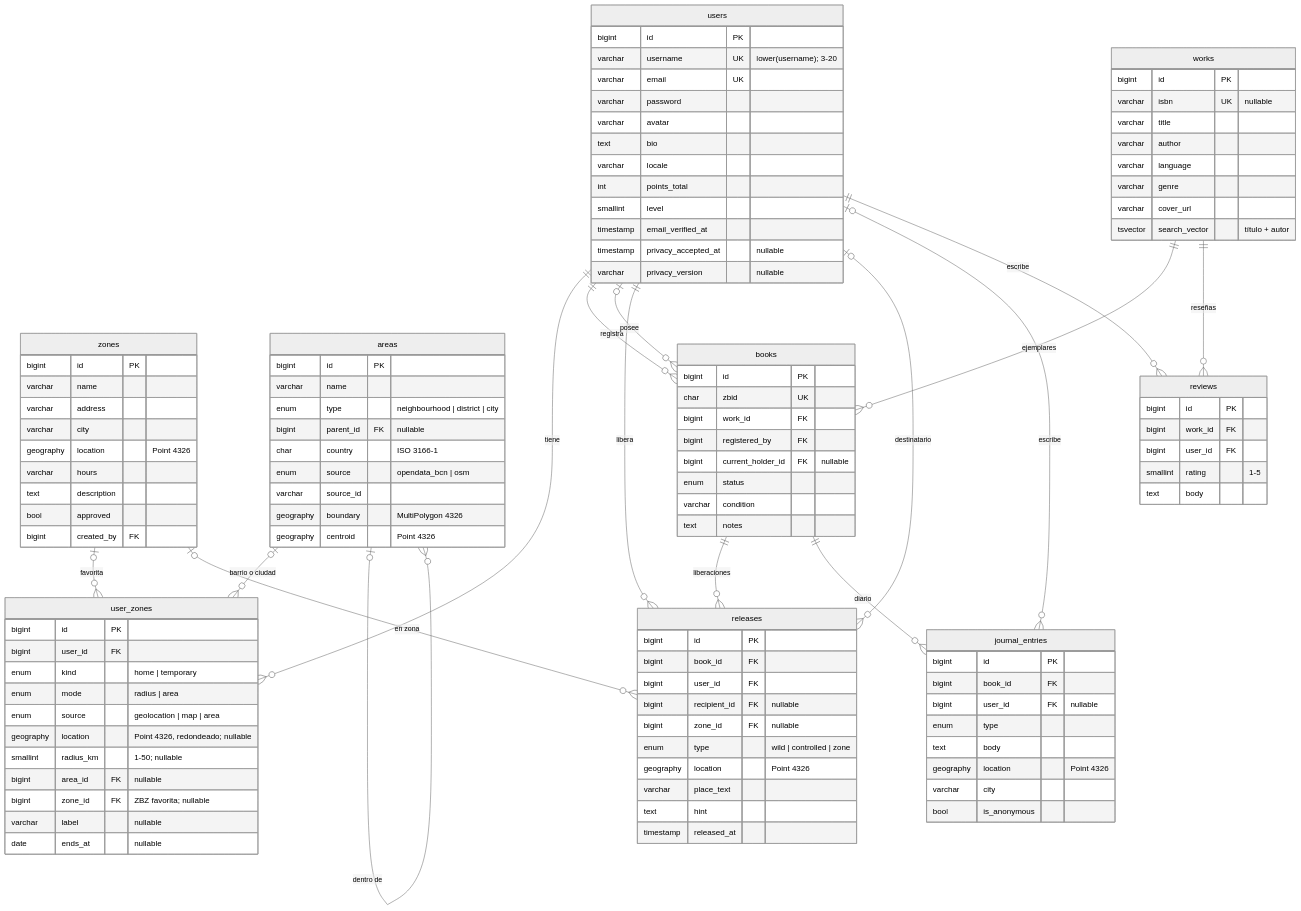
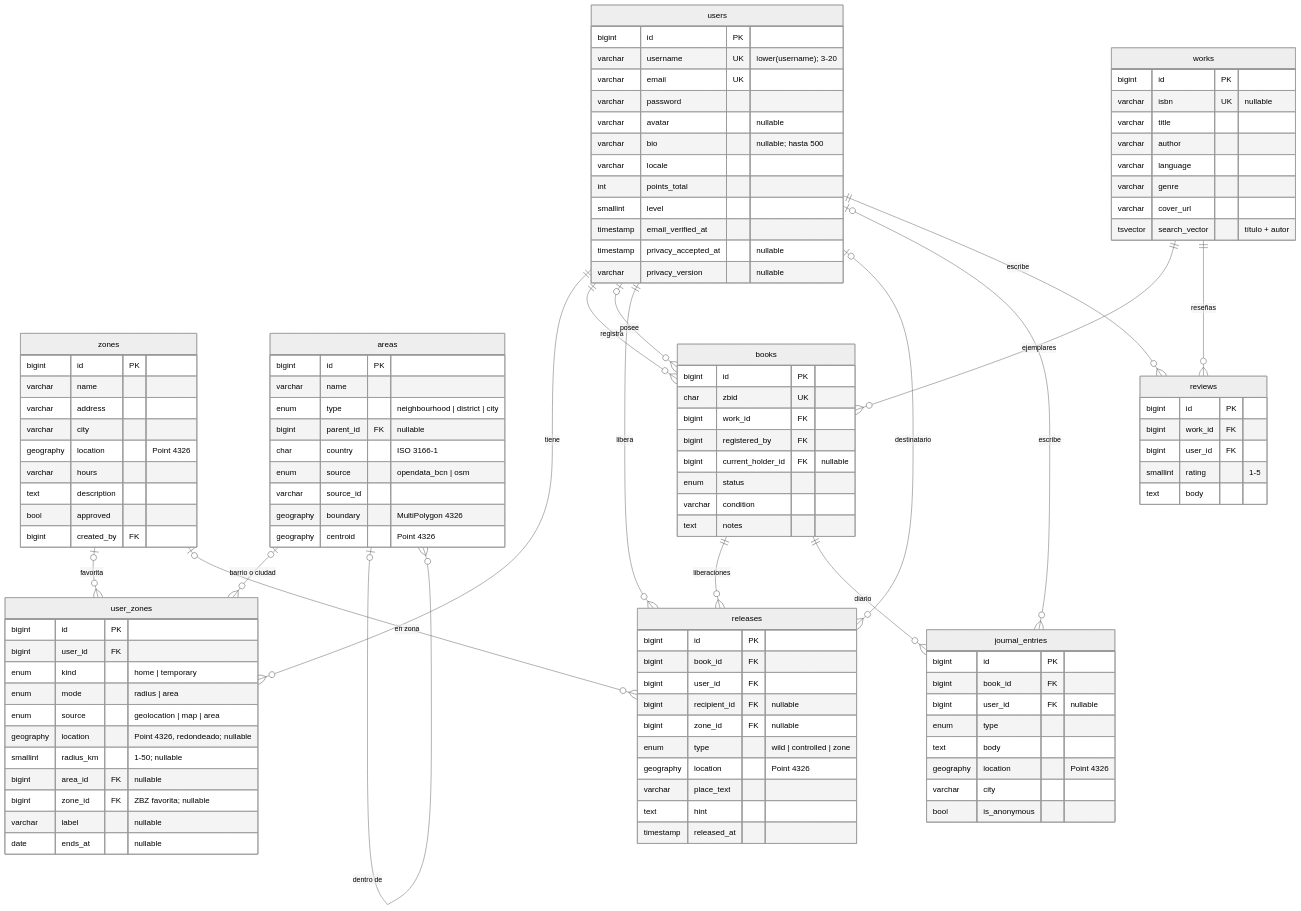
The first of 5 diagrams in docs/diagramas/06-er.md (zStrikke/zBooks), drawn with Mermaid (neutral theme) before and after one commit. The commit also changed 12 other files, not shown here.

```diff
--- a/docs/diagramas/06-er.md
+++ b/docs/diagramas/06-er.md
@@ -27,8 +27,8 @@
         varchar username UK "lower(username); 3-20"
         varchar email UK
         varchar password
-        varchar avatar
-        text bio
+        varchar avatar "nullable"
+        varchar bio "nullable; hasta 500"
         varchar locale
         int points_total
         smallint level
```
